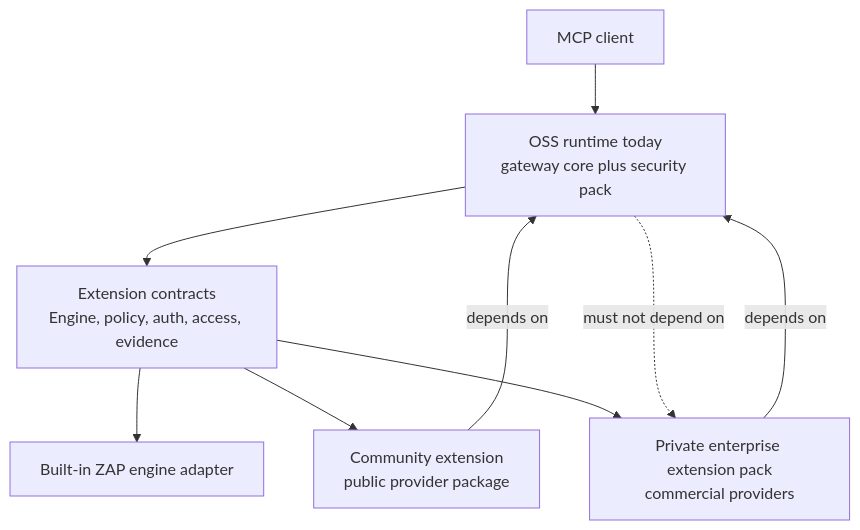
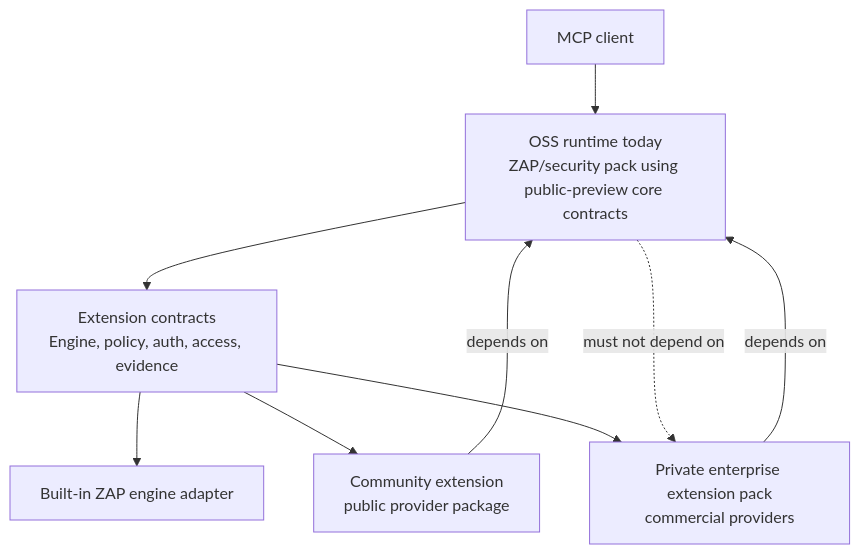
One commit to dtkmn/mcp-zap-server changed the diagram in docs/extensions/README.md. Above: the diagram before and after it, drawn with Mermaid. The commit also changed other lines of this file and 48 other files, not shown here.

````diff
--- a/docs/extensions/README.md
+++ b/docs/extensions/README.md
@@ -55,18 +59,18 @@
 ```mermaid
 flowchart TD
   Client["MCP client"]
-  Core["OSS runtime today<br/>gateway core plus security pack"]
+  Core["OSS runtime today<br/>ZAP/security pack using public-preview core contracts"]
   Contracts["Extension contracts<br/>Engine, policy, auth, access, evidence"]
   Zap["Built-in ZAP engine adapter"]
   Community["Community extension<br/>public provider package"]
   Enterprise["Private enterprise extension pack<br/>commercial providers"]
 
   Client --> Core
   Core --> Contracts
   Contracts --> Zap
   Contracts --> Community
   Contracts --> Enterprise
   Community -->|"depends on"| Core
   Enterprise -->|"depends on"| Core
   Core -.->|"must not depend on"| Enterprise
 ```
````
